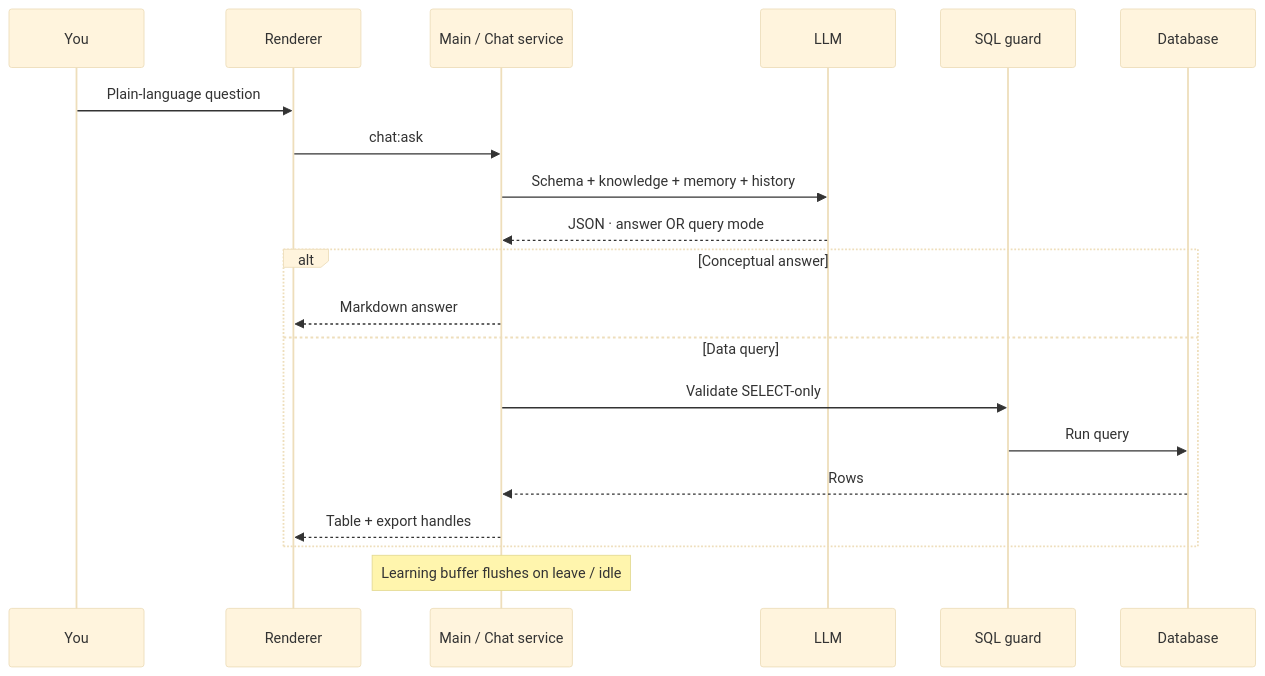
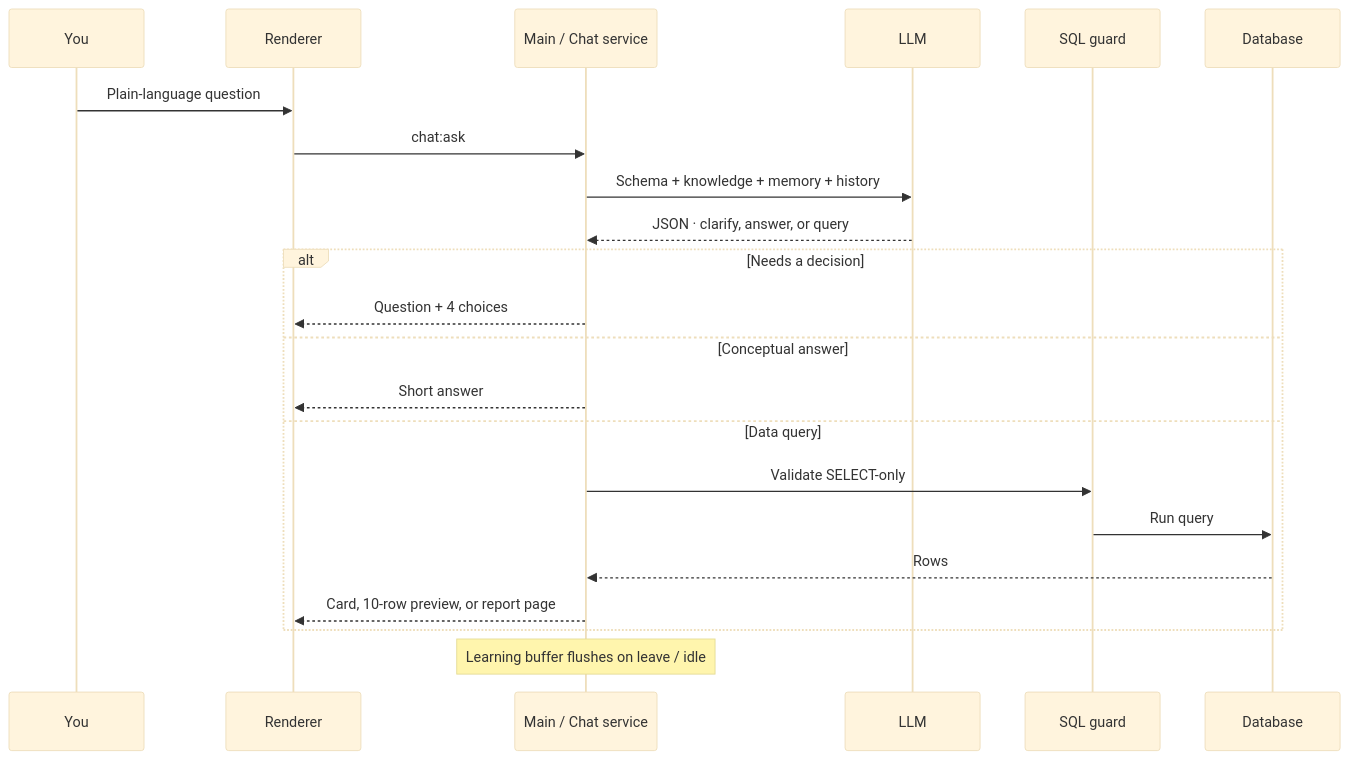
The fourth of 5 diagrams in README.md (MTaheridev/Qureka), drawn with Mermaid (base theme) before and after one commit. The commit also changed other lines of this file and 25 other files, not shown here.

````diff
--- a/README.md
+++ b/README.md
@@ -218,23 +227,25 @@
 ```mermaid
 sequenceDiagram
   participant U as You
   participant UI as Renderer
   participant M as Main / Chat service
   participant L as LLM
   participant G as SQL guard
   participant D as Database
 
   U->>UI: Plain-language question
   UI->>M: chat:ask
   M->>L: Schema + knowledge + memory + history
-  L-->>M: JSON · answer OR query mode
-  alt Conceptual answer
-    M-->>UI: Markdown answer
+  L-->>M: JSON · clarify, answer, or query
+  alt Needs a decision
+    M-->>UI: Question + 4 choices
+  else Conceptual answer
+    M-->>UI: Short answer
   else Data query
     M->>G: Validate SELECT-only
     G->>D: Run query
     D-->>M: Rows
-    M-->>UI: Table + export handles
+    M-->>UI: Card, 10-row preview, or report page
   end
   Note over M: Learning buffer flushes on leave / idle
 ```
````
